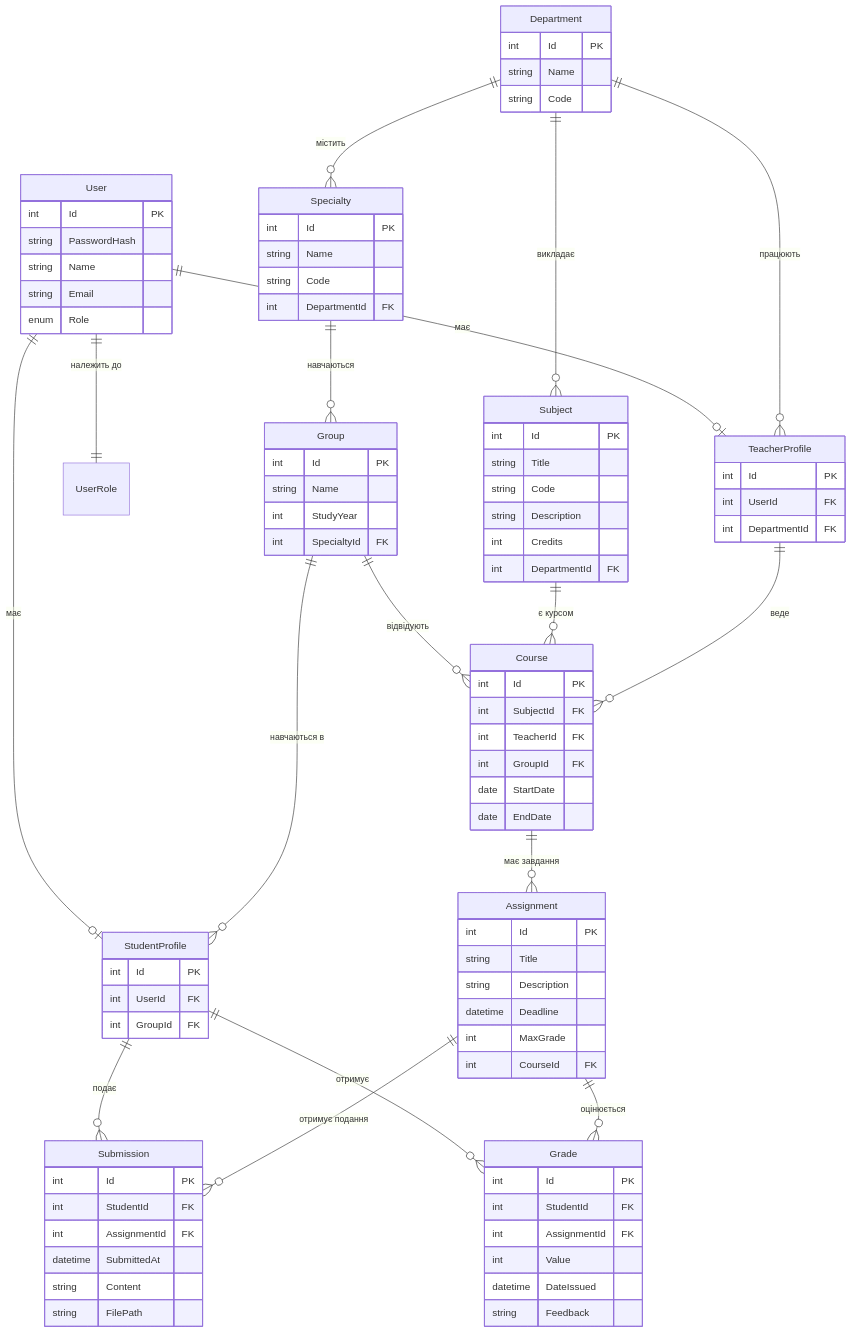
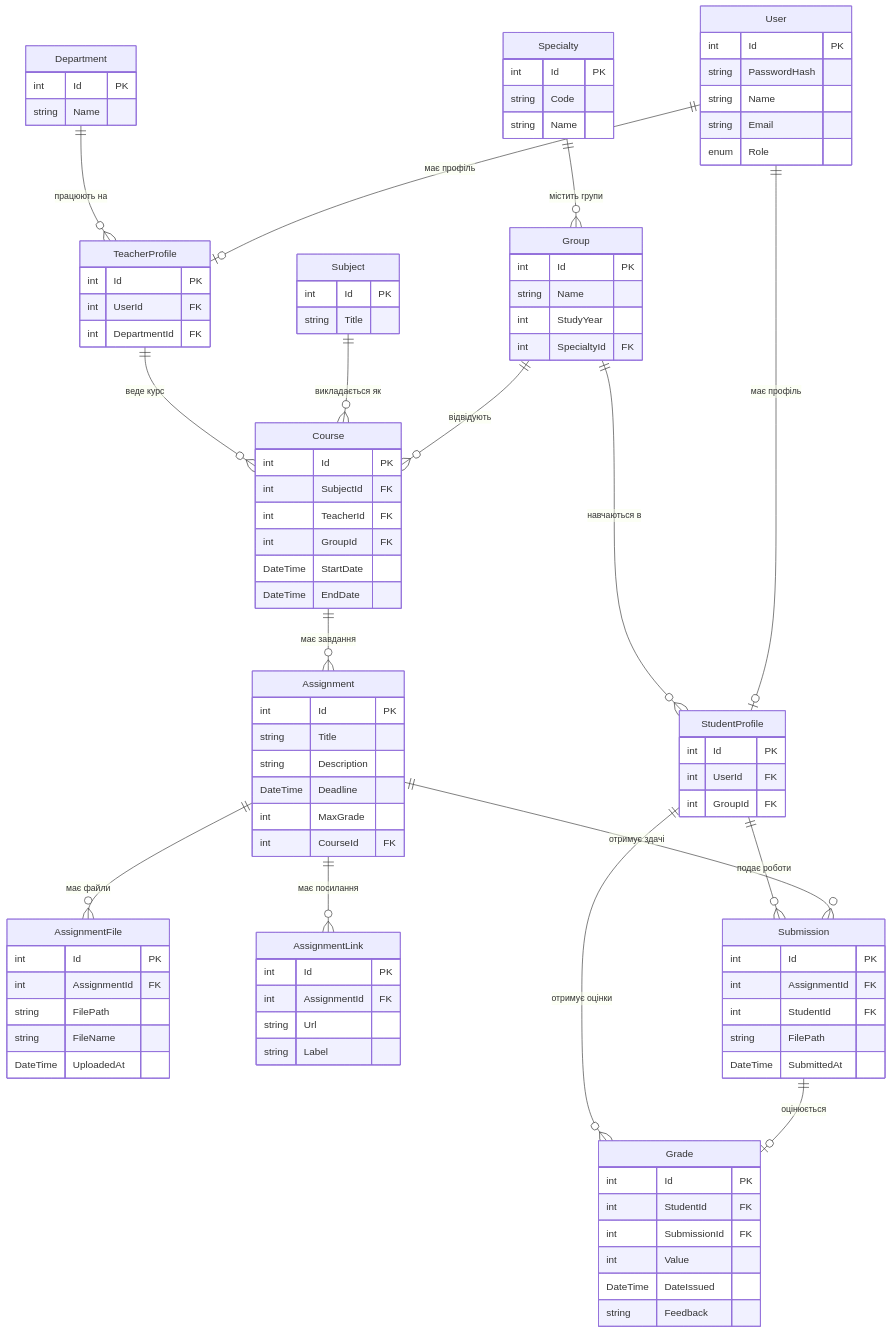
Before and after one commit to romansxxq/my-racit-app: the third of 6 diagrams in UML-diagrams.md, drawn with Mermaid. The commit also changed other lines of this file and 1 other file, not shown here.

Commit message:
fix: update use case descriptions for file attachments and submission process

````diff
--- a/UML-diagrams.md
+++ b/UML-diagrams.md
@@ -221,29 +323,33 @@
 ```mermaid
 erDiagram
-    User ||--o| StudentProfile : "має"
-    User ||--o| TeacherProfile : "має"
-    User ||--|| UserRole : "належить до"
+    %% ============ USER MANAGEMENT ============
+    User ||--o| StudentProfile : "має профіль"
+    User ||--o| TeacherProfile : "має профіль"
     
-    Department ||--o{ TeacherProfile : "працюють"
-    Department ||--o{ Specialty : "містить"
-    Department ||--o{ Subject : "викладає"
+    %% ============ ORGANIZATION ============
+    Department ||--o{ TeacherProfile : "працюють на"
     
-    Specialty ||--o{ Group : "навчаються"
+    Specialty ||--o{ Group : "містить групи"
     
     Group ||--o{ StudentProfile : "навчаються в"
     Group ||--o{ Course : "відвідують"
     
-    Subject ||--o{ Course : "є курсом"
-    TeacherProfile ||--o{ Course : "веде"
+    %% ============ ACADEMIC PROCESS ============
+    Subject ||--o{ Course : "викладається як"
+    TeacherProfile ||--o{ Course : "веде курс"
     
     Course ||--o{ Assignment : "має завдання"
     
-    StudentProfile ||--o{ Submission : "подає"
-    Assignment ||--o{ Submission : "отримує подання"
+    Assignment ||--o{ AssignmentFile : "має файли"
+    Assignment ||--o{ AssignmentLink : "має посилання"
+    Assignment ||--o{ Submission : "отримує здачі"
     
-    StudentProfile ||--o{ Grade : "отримує"
-    Assignment ||--o{ Grade : "оцінюється"
+    StudentProfile ||--o{ Submission : "подає роботи"
     
+    Submission ||--o| Grade : "оцінюється"
+    StudentProfile ||--o{ Grade : "отримує оцінки"
+    
+    %% ============ ENTITY DEFINITIONS ============
     User {
         int Id PK
         string PasswordHash
@@ -267,14 +373,12 @@
     Department {
         int Id PK
         string Name
-        string Code
     }
     
     Specialty {
         int Id PK
+        string Code
         string Name
-        string Code
-        int DepartmentId FK
     }
     
     Group {
@@ -287,10 +391,6 @@
     Subject {
         int Id PK
         string Title
-        string Code
-        string Description
-        int Credits
-        int DepartmentId FK
     }
     
     Course {
@@ -298,34 +398,48 @@
         int SubjectId FK
         int TeacherId FK
         int GroupId FK
-        date StartDate
-        date EndDate
+        DateTime StartDate
+        DateTime EndDate
     }
     
     Assignment {
         int Id PK
         string Title
         string Description
-        datetime Deadline
+        DateTime Deadline
         int MaxGrade
         int CourseId FK
     }
     
+    AssignmentFile {
+        int Id PK
+        int AssignmentId FK
+        string FilePath
+        string FileName
+        DateTime UploadedAt
+    }
+    
+    AssignmentLink {
+        int Id PK
+        int AssignmentId FK
+        string Url
+        string Label
+    }
+    
     Submission {
         int Id PK
+        int AssignmentId FK
         int StudentId FK
-        int AssignmentId FK
-        datetime SubmittedAt
-        string Content
         string FilePath
+        DateTime SubmittedAt
     }
     
     Grade {
         int Id PK
         int StudentId FK
-        int AssignmentId FK
+        int SubmissionId FK
         int Value
-        datetime DateIssued
+        DateTime DateIssued
         string Feedback
     }
 ```
````
